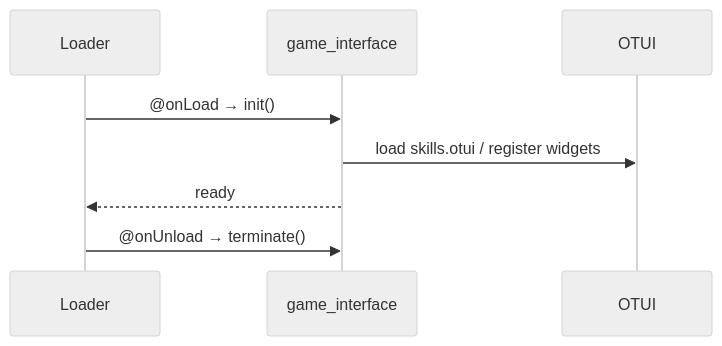
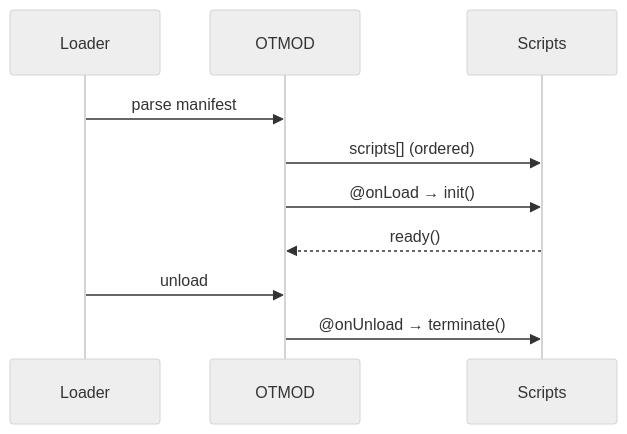
One commit to lukaszj321/otcv8-dev changed the first of 2 diagrams in docs/authoring/_sources/chapter_12_otmod_docs_export_kit_authoring_agent_ready.md. Above: the diagram before and after it, drawn with Mermaid. The commit also changed other lines of this file, not shown here.

````diff
--- a/docs/authoring/_sources/chapter_12_otmod_docs_export_kit_authoring_agent_ready.md
+++ b/docs/authoring/_sources/chapter_12_otmod_docs_export_kit_authoring_agent_ready.md
@@ -297,11 +585,13 @@
-```{mermaid}
+```mermaid
 %%{init: { 'theme': 'neutral' }}%%
 sequenceDiagram
   participant Loader
-  participant Module as game_interface
-  participant UI as OTUI
-  Loader->>Module: @onLoad → init()
-  Module->>UI: load skills.otui / register widgets
-  Module-->>Loader: ready
-  Loader->>Module: @onUnload → terminate()
+  participant Module as OTMOD
+  participant Lua as Scripts
+  Loader->>Module: parse manifest
+  Module->>Lua: scripts[] (ordered)
+  Module->>Lua: @onLoad → init()
+  Lua-->>Module: ready()
+  Loader->>Module: unload
+  Module->>Lua: @onUnload → terminate()
 ```
````
